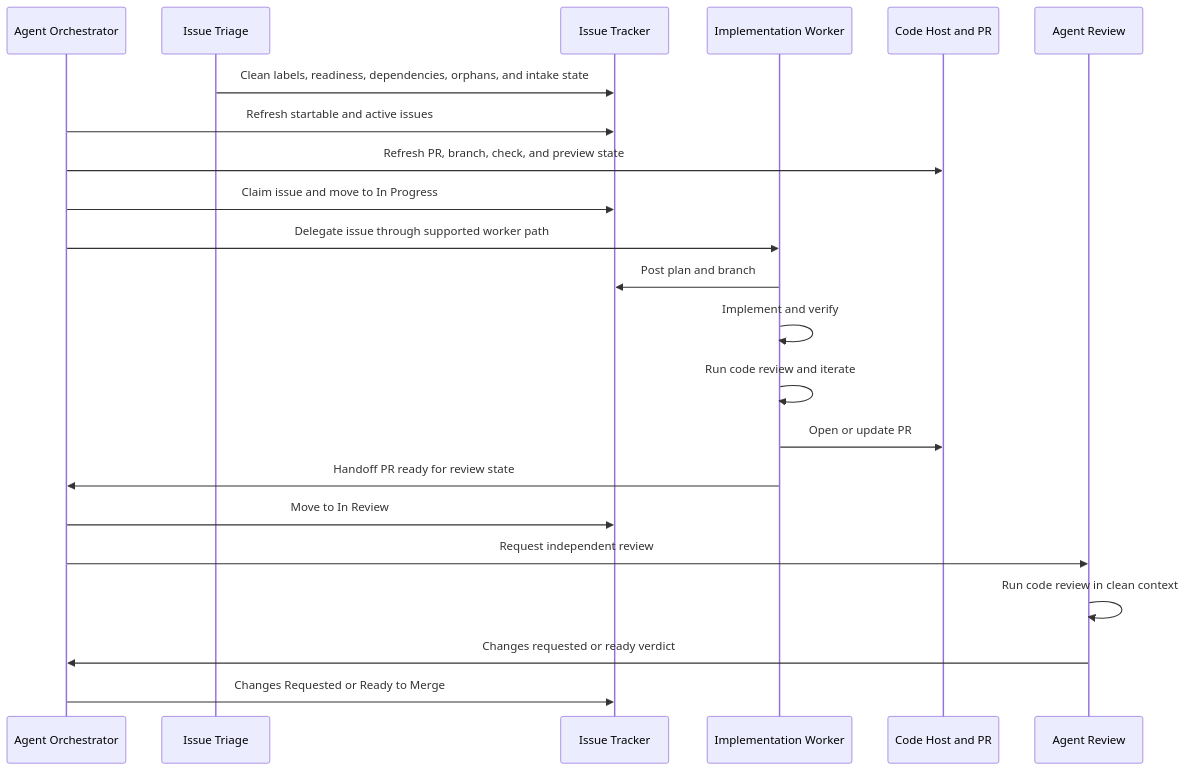
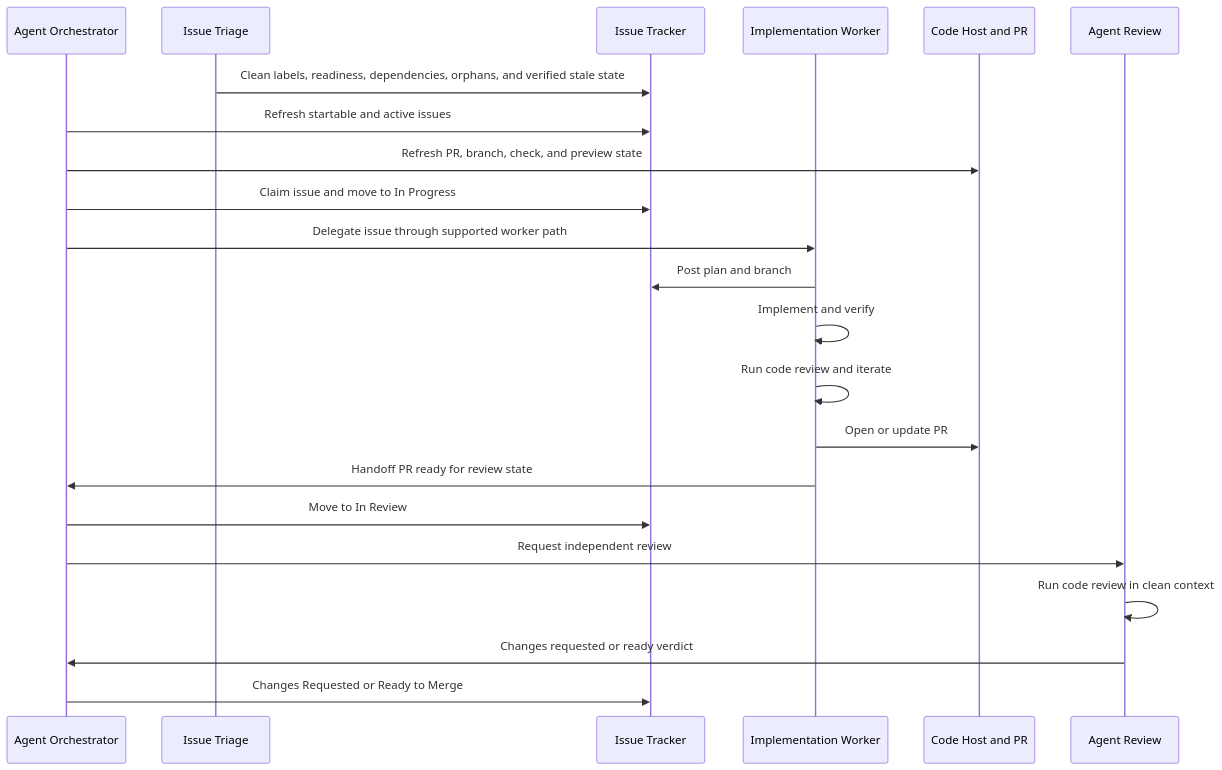
The second of 2 diagrams in docs/agent-workflow.md (zaks-io/skills), drawn with Mermaid before and after one commit. The commit also changed other lines of this file and 8 other files, not shown here.

````diff
--- a/docs/agent-workflow.md
+++ b/docs/agent-workflow.md
@@ -148,25 +148,25 @@
 ```mermaid
 sequenceDiagram
   participant Q as Agent Orchestrator
   participant I as Issue Triage
   participant T as Issue Tracker
   participant W as Implementation Worker
   participant G as Code Host and PR
   participant R as Agent Review
 
-  I->>T: Clean labels, readiness, dependencies, orphans, and intake state
+  I->>T: Clean labels, readiness, dependencies, orphans, and verified stale state
   Q->>T: Refresh startable and active issues
   Q->>G: Refresh PR, branch, check, and preview state
   Q->>T: Claim issue and move to In Progress
   Q->>W: Delegate issue through supported worker path
   W->>T: Post plan and branch
   W->>W: Implement and verify
   W->>W: Run code review and iterate
   W->>G: Open or update PR
   W->>Q: Handoff PR ready for review state
   Q->>T: Move to In Review
   Q->>R: Request independent review
   R->>R: Run code review in clean context
   R->>Q: Changes requested or ready verdict
   Q->>T: Changes Requested or Ready to Merge
 ```
````
